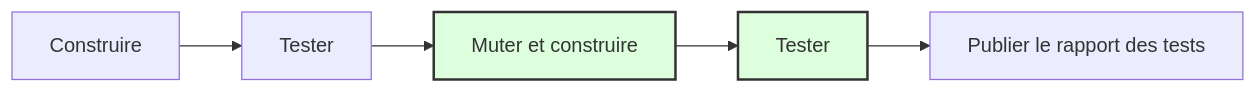
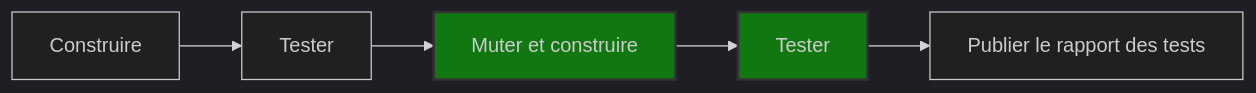
One commit to NexusInnovation/nexlab.mutationtesting changed the diagram in README.md. Above: the diagram before and after it, drawn with Mermaid.

Commit message:
fix mermaid qui sort mal selon le theme

````diff
--- a/README.md
+++ b/README.md
@@ -20,10 +20,11 @@
 ```mermaid
+%%{init: {'theme':'dark'}}%%
 graph LR
     A[Construire] --> B[Tester]
     B --> C[Muter et construire]
     C --> D[Tester]
     D --> E[Publier le rapport des tests]
 
-    style C fill:#DDffDD,stroke:#333,stroke-width:2px,font-color:black
-    style D fill:#DDffDD,stroke:#333,stroke-width:2px,font-color:black
+    style C fill:#117711,stroke:#333,stroke-width:2px,TextColor:red
+    style D fill:#117711,stroke:#333,stroke-width:2px,nodeTextColor:black
 ```
````
